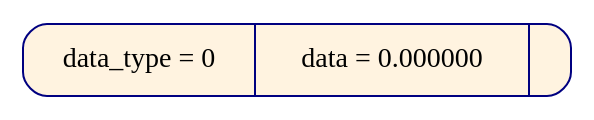
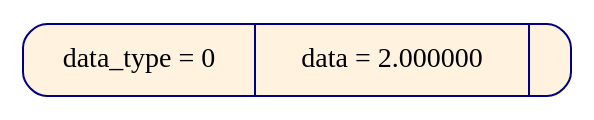
The diagram in diff_tree/gr_dump/diff_tree_12.dot (pupach/diff_tree), drawn with Graphviz before and after one commit. The commit also changed 66 other files, not shown here.

```diff
--- a/diff_tree/gr_dump/diff_tree_12.dot
+++ b/diff_tree/gr_dump/diff_tree_12.dot
@@ -1,5 +1,5 @@
 digraph
 {
 node [shape = Mrecord, color  = "navy", style = "filled"];
-node0x623000000288[label = " data_type = 0 | data = 0.000000 | ", fillcolor = "#fff3e0", rank = 0];
+node0x6250000029e0[label = " data_type = 0 | data = 2.000000 | ", fillcolor = "#fff3e0", rank = 0];
 }
```
